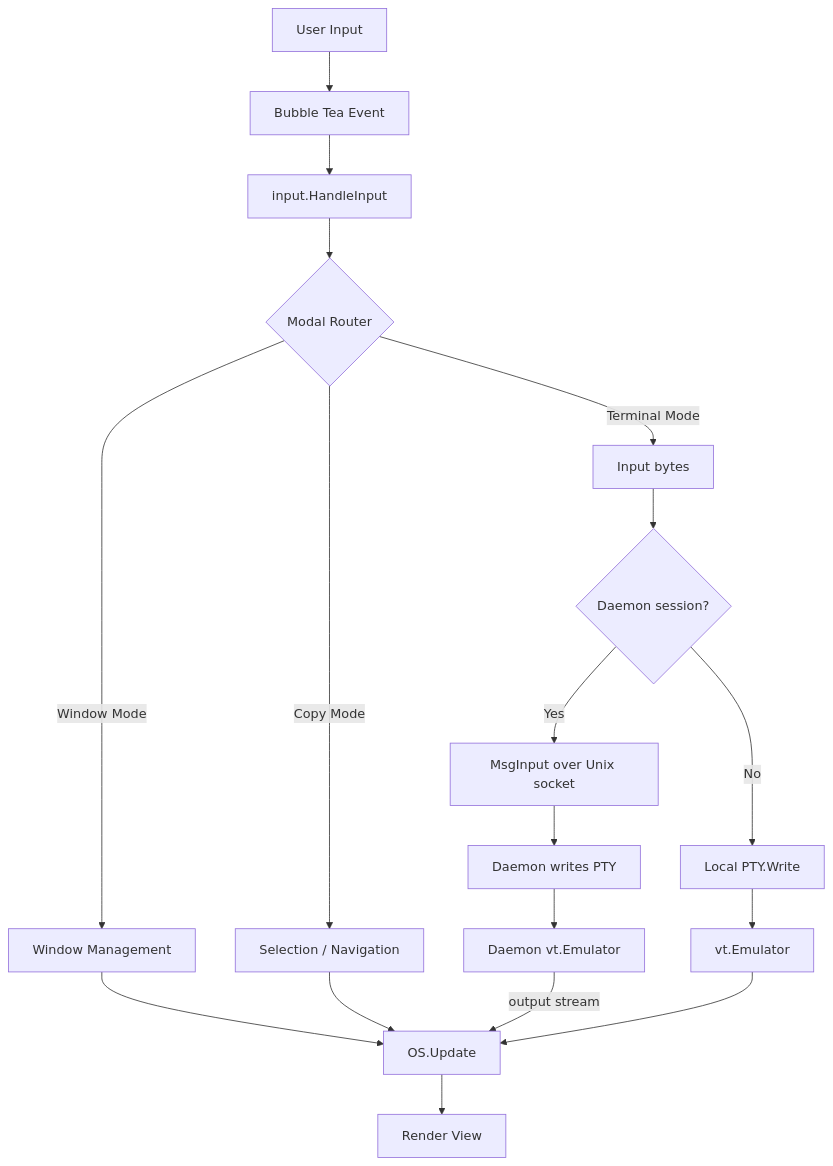
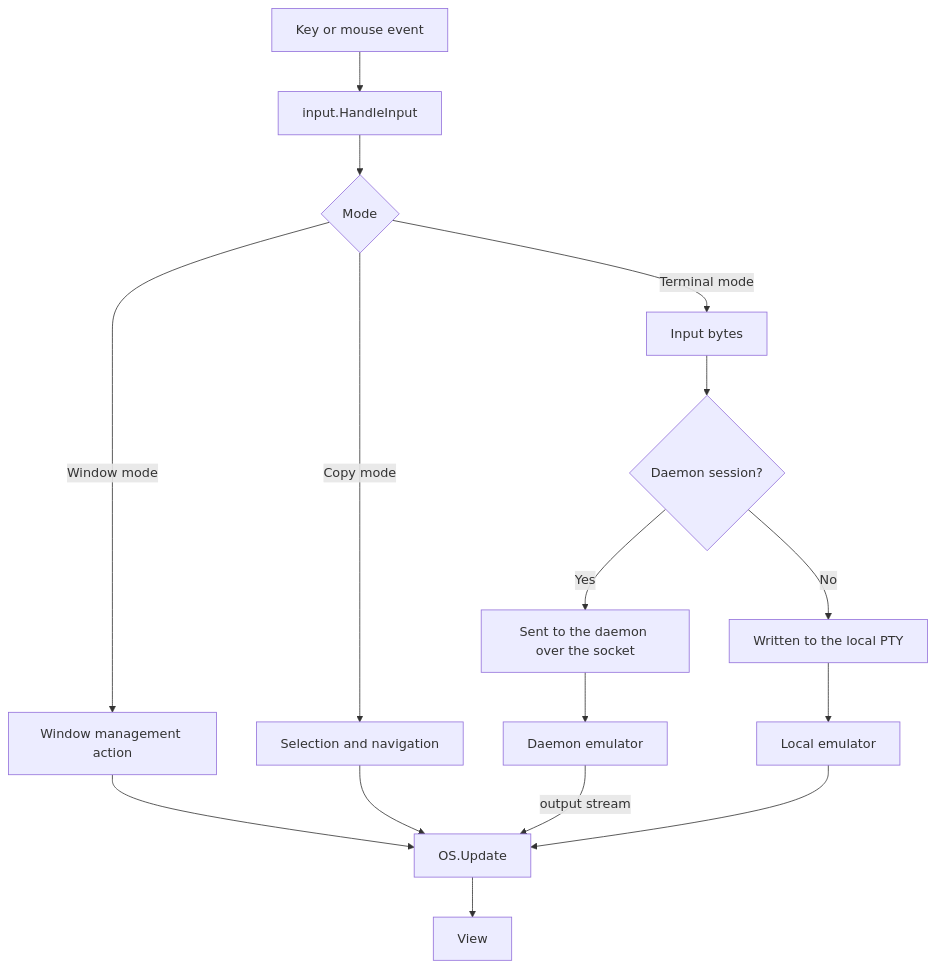
The second of 2 diagrams in content/docs/architecture.mdx (Gaurav-Gosain/tuios-docs), drawn with Mermaid before and after one commit. The commit also changed other lines of this file, not shown here.

First line of the commit message:
docs: update the architecture page

````diff
--- a/content/docs/architecture.mdx
+++ b/content/docs/architecture.mdx
@@ -312,20 +221,18 @@
 ```mermaid
 graph TD
-    A[User Input] --> B[Bubble Tea Event]
-    B --> C[input.HandleInput]
-    C --> D{Modal Router}
-    D -->|Window Mode| E[Window Management]
-    D -->|Terminal Mode| F[Input bytes]
-    D -->|Copy Mode| G[Selection / Navigation]
+    A[Key or mouse event] --> C[input.HandleInput]
+    C --> D{Mode}
+    D -->|Window mode| E[Window management action]
+    D -->|Copy mode| G[Selection and navigation]
+    D -->|Terminal mode| F[Input bytes]
+    F --> I{Daemon session?}
+    I -->|Yes| J[Sent to the daemon over the socket]
+    I -->|No| K[Written to the local PTY]
     E --> H[OS.Update]
     G --> H
-    F --> I{Daemon session?}
-    I -->|Yes| J[MsgInput over Unix socket]
-    I -->|No| K[Local PTY.Write]
-    J --> L[Daemon writes PTY]
-    K --> M[vt.Emulator]
-    L --> N[Daemon vt.Emulator]
+    J --> N[Daemon emulator]
+    K --> M[Local emulator]
     N -->|output stream| H
     M --> H
-    H --> O[Render View]
+    H --> O[View]
 ```
````
